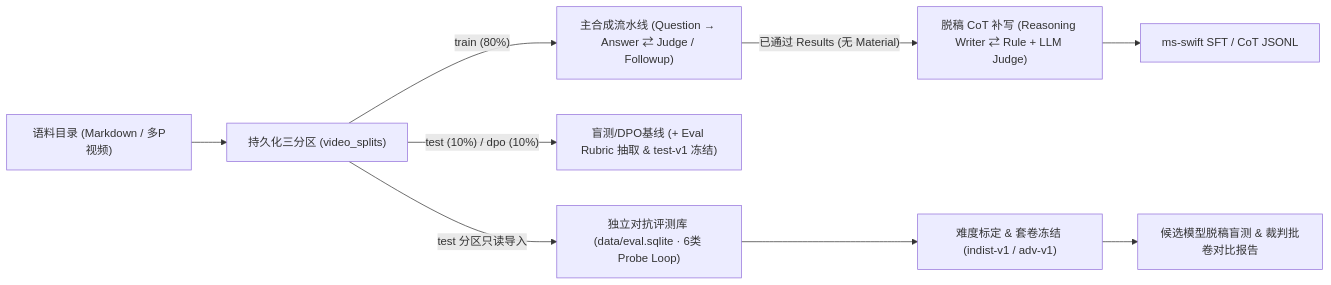
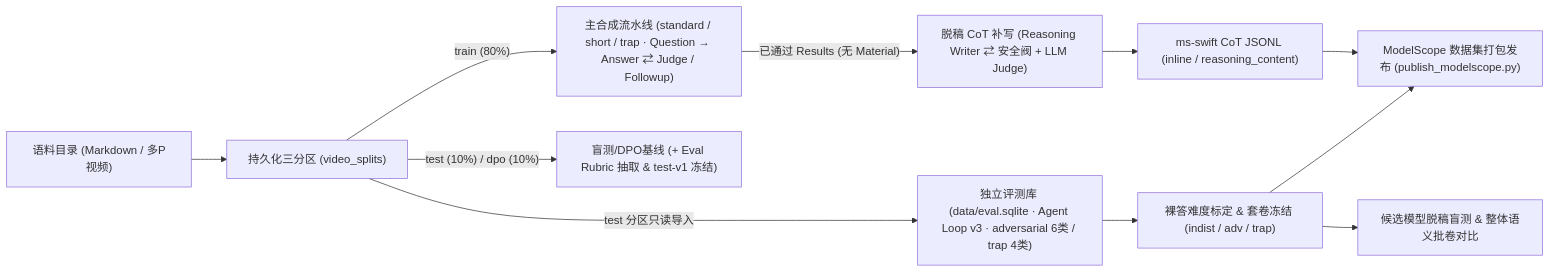
The diagram in README.md (chosenecho/pi-posttrain-loop), drawn with Mermaid before and after one commit. The commit also changed other lines of this file and 8 other files, not shown here.

````diff
--- a/README.md
+++ b/README.md
@@ -52,11 +52,13 @@
 ```mermaid
 flowchart LR
   Corpus["语料目录 (Markdown / 多P视频)"] --> Splits["持久化三分区 (video_splits)"]
-  Splits -->|"train (80%)"| MainLoop["主合成流水线 (Question → Answer ⇄ Judge / Followup)"]
+  Splits -->|"train (80%)"| MainLoop["主合成流水线 (standard / short / trap · Question → Answer ⇄ Judge / Followup)"]
   Splits -->|"test (10%) / dpo (10%)"| RubricLoop["盲测/DPO基线 (+ Eval Rubric 抽取 & test-v1 冻结)"]
-  MainLoop -->|"已通过 Results (无 Material)"| CoTLoop["脱稿 CoT 补写 (Reasoning Writer ⇄ Rule + LLM Judge)"]
-  CoTLoop --> SwiftJSONL["ms-swift SFT / CoT JSONL"]
-  Splits -->|"test 分区只读导入"| EvalLoop["独立对抗评测库 (data/eval.sqlite · 6类 Probe Loop)"]
-  EvalLoop --> Freeze["难度标定 & 套卷冻结 (indist-v1 / adv-v1)"]
-  Freeze --> Grade["候选模型脱稿盲测 & 裁判批卷对比报告"]
+  MainLoop -->|"已通过 Results (无 Material)"| CoTLoop["脱稿 CoT 补写 (Reasoning Writer ⇄ 安全阀 + LLM Judge)"]
+  CoTLoop --> SwiftJSONL["ms-swift CoT JSONL (inline / reasoning_content)"]
+  Splits -->|"test 分区只读导入"| EvalLoop["独立评测库 (data/eval.sqlite · Agent Loop v3 · adversarial 6类 / trap 4类)"]
+  EvalLoop --> Freeze["裸答难度标定 & 套卷冻结 (indist / adv / trap)"]
+  Freeze --> Grade["候选模型脱稿盲测 & 整体语义批卷对比"]
+  SwiftJSONL --> Publish["ModelScope 数据集打包发布 (publish_modelscope.py)"]
+  Freeze --> Publish
 ```
````
